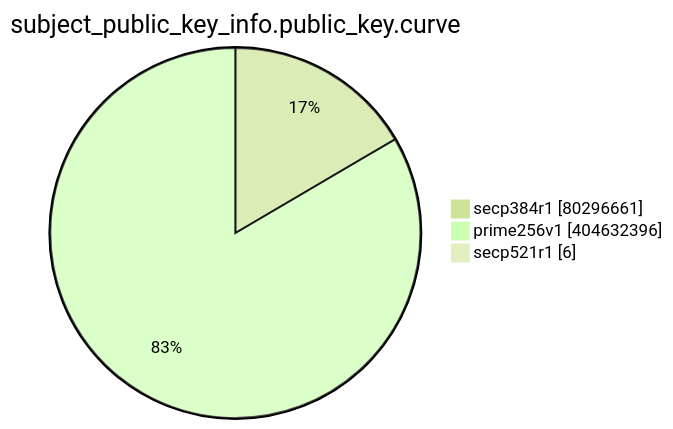
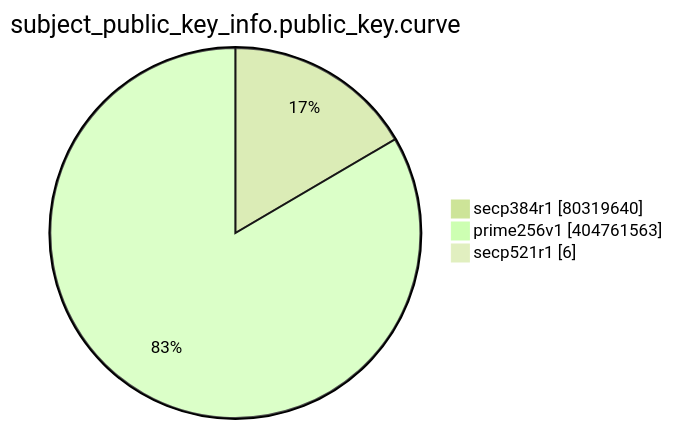
Before and after one commit to christiankrug/ctmonitor_visualization: the eighth of 15 diagrams in TOTAL/README.md, drawn with Mermaid (forest theme). The commit also changed other lines of this file, not shown here.

````diff
--- a/TOTAL/README.md
+++ b/TOTAL/README.md
@@ -3095,7 +3095,7 @@
 ```mermaid
 pie showData
 title subject_public_key_info.public_key.curve
-"secp384r1" :80296661
-"prime256v1" :404632396
+"secp384r1" :80319640
+"prime256v1" :404761563
 "secp521r1" :6
 ```
````
